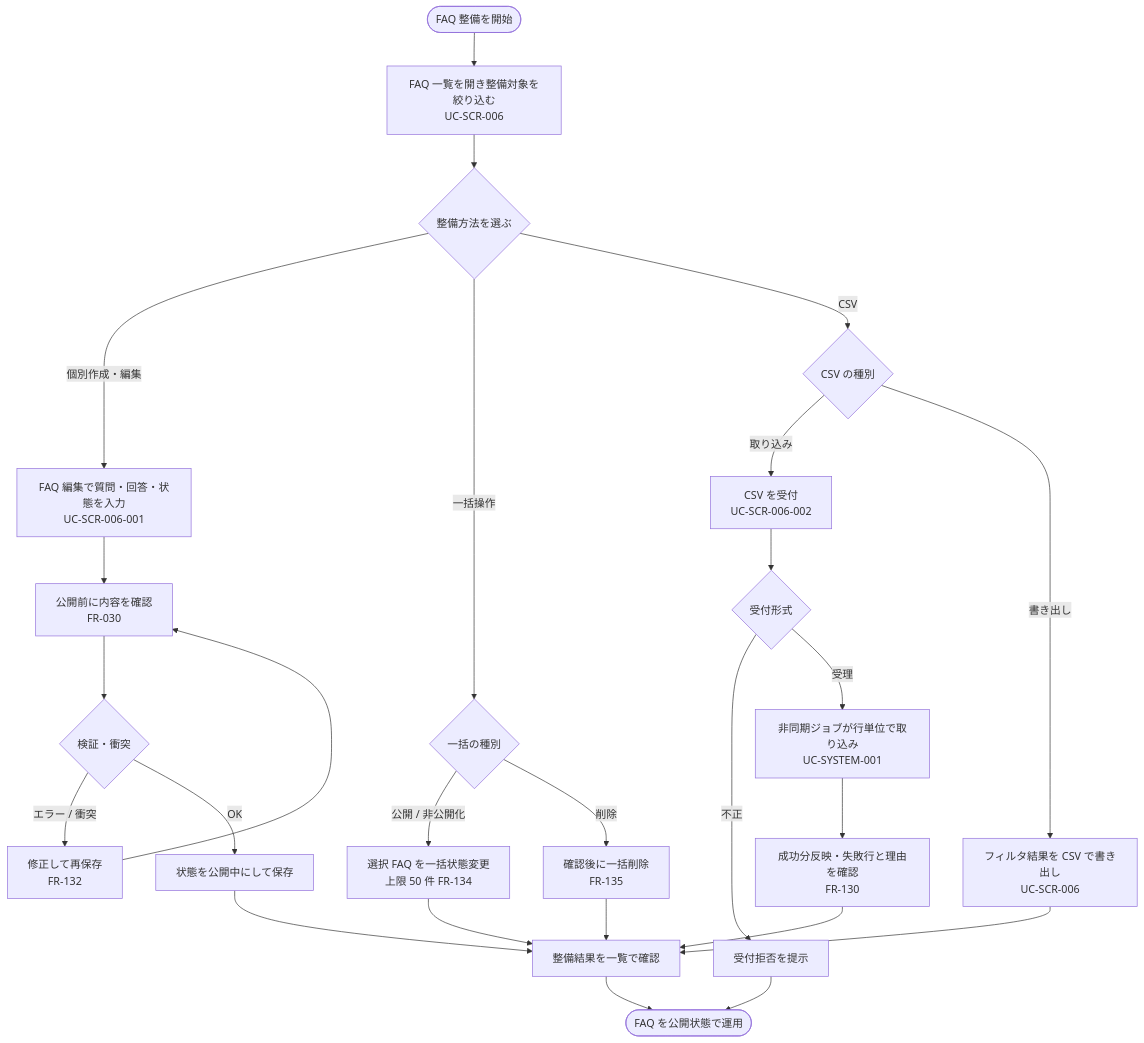
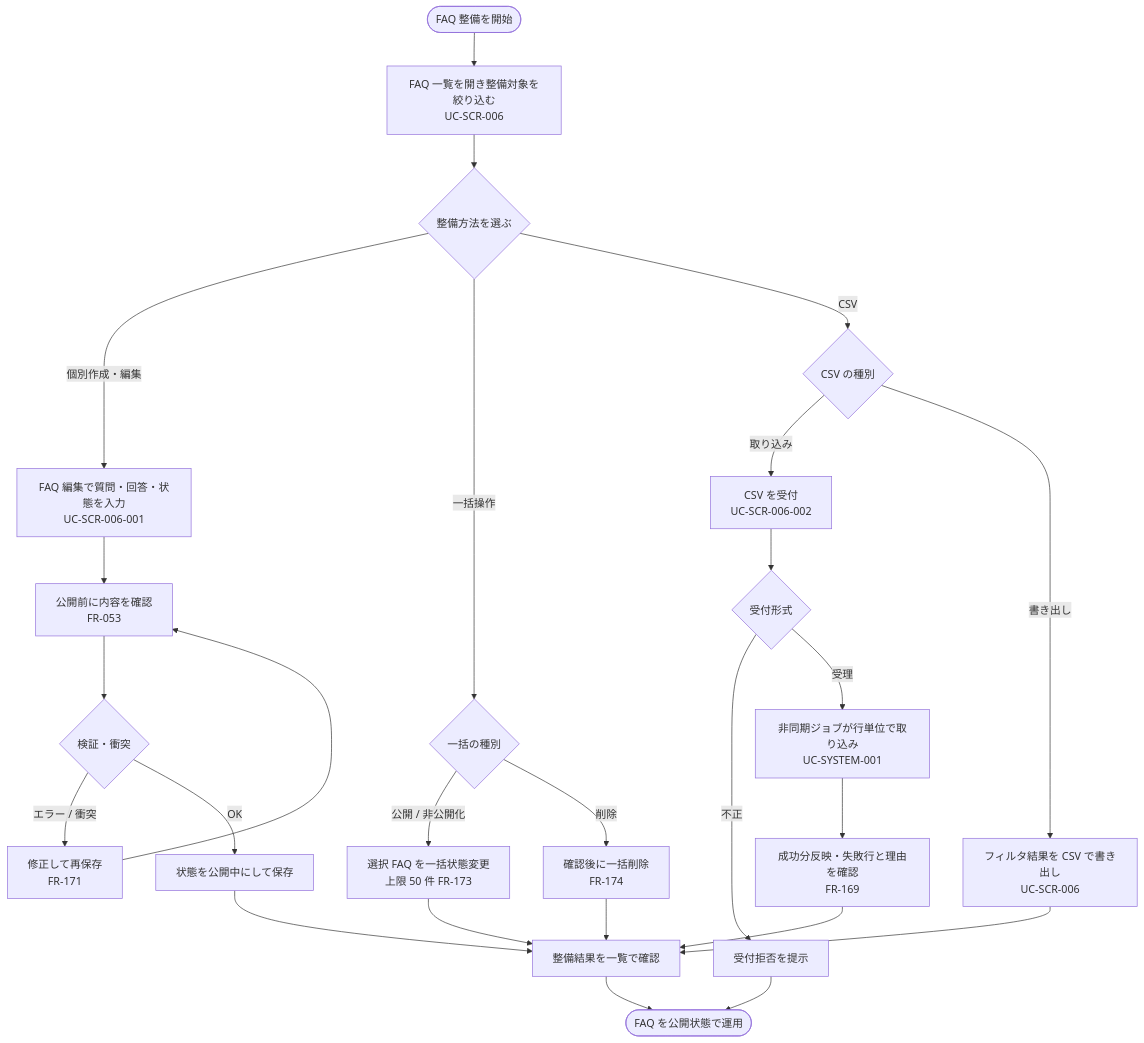
Before and after one commit to sikakou54/open-faq: the diagram in 01_requirements/02_business_usecases/UC-BIZ-008.md, drawn with Mermaid. The commit also changed other lines of this file and 571 other files, not shown here.

````diff
--- a/01_requirements/02_business_usecases/UC-BIZ-008.md
+++ b/01_requirements/02_business_usecases/UC-BIZ-008.md
@@ -73,32 +73,32 @@
 ```mermaid
 flowchart TD
   S([FAQ 整備を開始]) --> L[FAQ 一覧を開き整備対象を絞り込む<br/>UC-SCR-006]
   L --> M{整備方法を選ぶ}
 
   M -->|個別作成・編集| E[FAQ 編集で質問・回答・状態を入力<br/>UC-SCR-006-001]
-  E --> C[公開前に内容を確認<br/>FR-030]
+  E --> C[公開前に内容を確認<br/>FR-053]
   C --> V{検証・衝突}
-  V -->|エラー / 衝突| EX[修正して再保存<br/>FR-132]
+  V -->|エラー / 衝突| EX[修正して再保存<br/>FR-171]
   EX --> C
   V -->|OK| SV[状態を公開中にして保存]
 
   M -->|一括操作| B{一括の種別}
-  B -->|公開 / 非公開化| BS[選択 FAQ を一括状態変更<br/>上限 50 件 FR-134]
-  B -->|削除| BD[確認後に一括削除<br/>FR-135]
+  B -->|公開 / 非公開化| BS[選択 FAQ を一括状態変更<br/>上限 50 件 FR-173]
+  B -->|削除| BD[確認後に一括削除<br/>FR-174]
   BS --> R[整備結果を一覧で確認]
   BD --> R
 
   M -->|CSV| K{CSV の種別}
   K -->|取り込み| IM[CSV を受付<br/>UC-SCR-006-002]
   IM --> JF{受付形式}
   JF -->|不正| JR[受付拒否を提示]
   JF -->|受理| JOB[非同期ジョブが行単位で取り込み<br/>UC-SYSTEM-001]
-  JOB --> PR[成功分反映・失敗行と理由を確認<br/>FR-130]
+  JOB --> PR[成功分反映・失敗行と理由を確認<br/>FR-169]
   PR --> R
   K -->|書き出し| EXP[フィルタ結果を CSV で書き出し<br/>UC-SCR-006]
   EXP --> R
 
   SV --> R
   R --> EN([FAQ を公開状態で運用])
   JR --> EN
 ```
````
